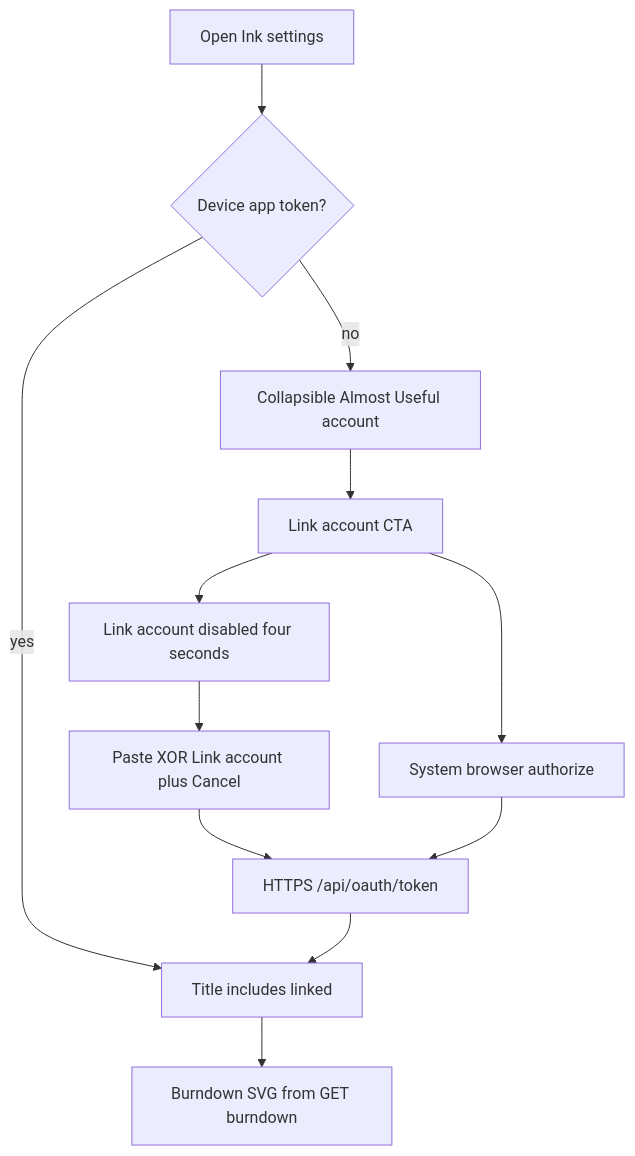
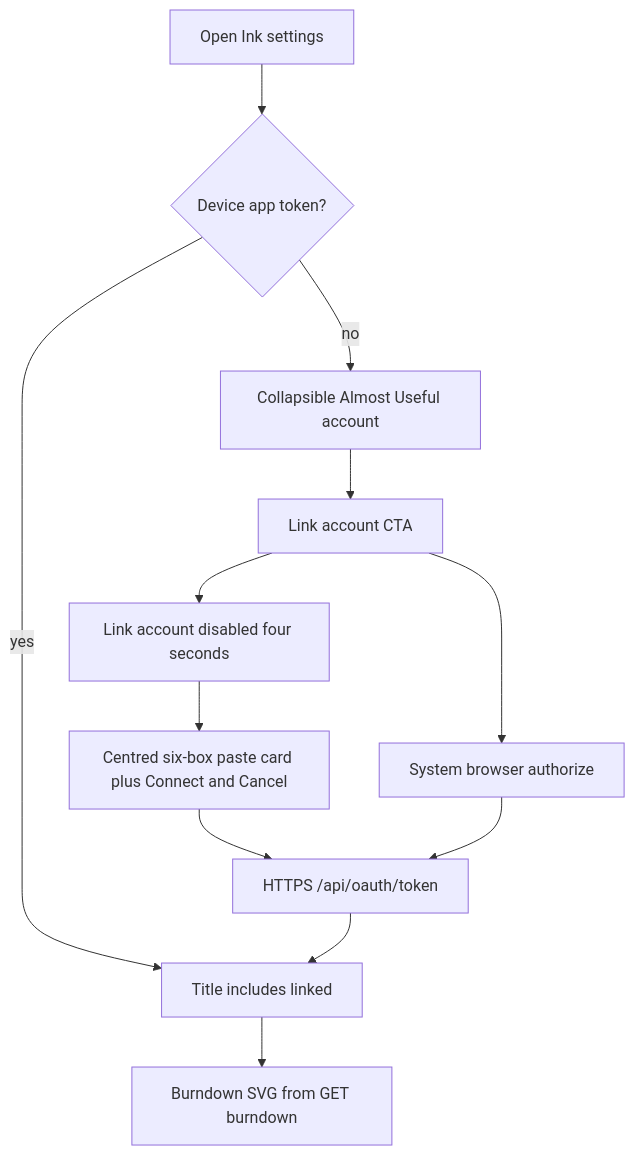
The second of 2 diagrams in docs/almostuseful-account.md (daledesilva/obsidian_ink), drawn with Mermaid before and after one commit. The commit also changed other lines of this file and 6 other files, not shown here.

Commit message:
updated: Enlarged Link account and replaced the paste field with a centred six-box code card. Used the page background on the boxes and Cancel so they stayed readable against the settings card.

````diff
--- a/docs/almostuseful-account.md
+++ b/docs/almostuseful-account.md
@@ -38,15 +38,15 @@
 ```mermaid
 flowchart TD
   OpenSettings[Open Ink settings]
   OpenSettings --> SignedIn{Device app token?}
   SignedIn -->|no| LoggedOut[Collapsible Almost Useful account]
   LoggedOut --> Idle[Link account CTA]
   Idle --> Opening[Link account disabled four seconds]
-  Opening --> Pending[Paste XOR Link account plus Cancel]
+  Opening --> Pending[Centred six-box paste card plus Connect and Cancel]
   Idle --> BrowserLogin[System browser authorize]
   Pending --> Exchange[HTTPS /api/oauth/token]
   BrowserLogin --> Exchange
   SignedIn -->|yes| Header[Title includes linked]
   Header --> Charts[Burndown SVG from GET burndown]
   Exchange --> Header
 ```
````
